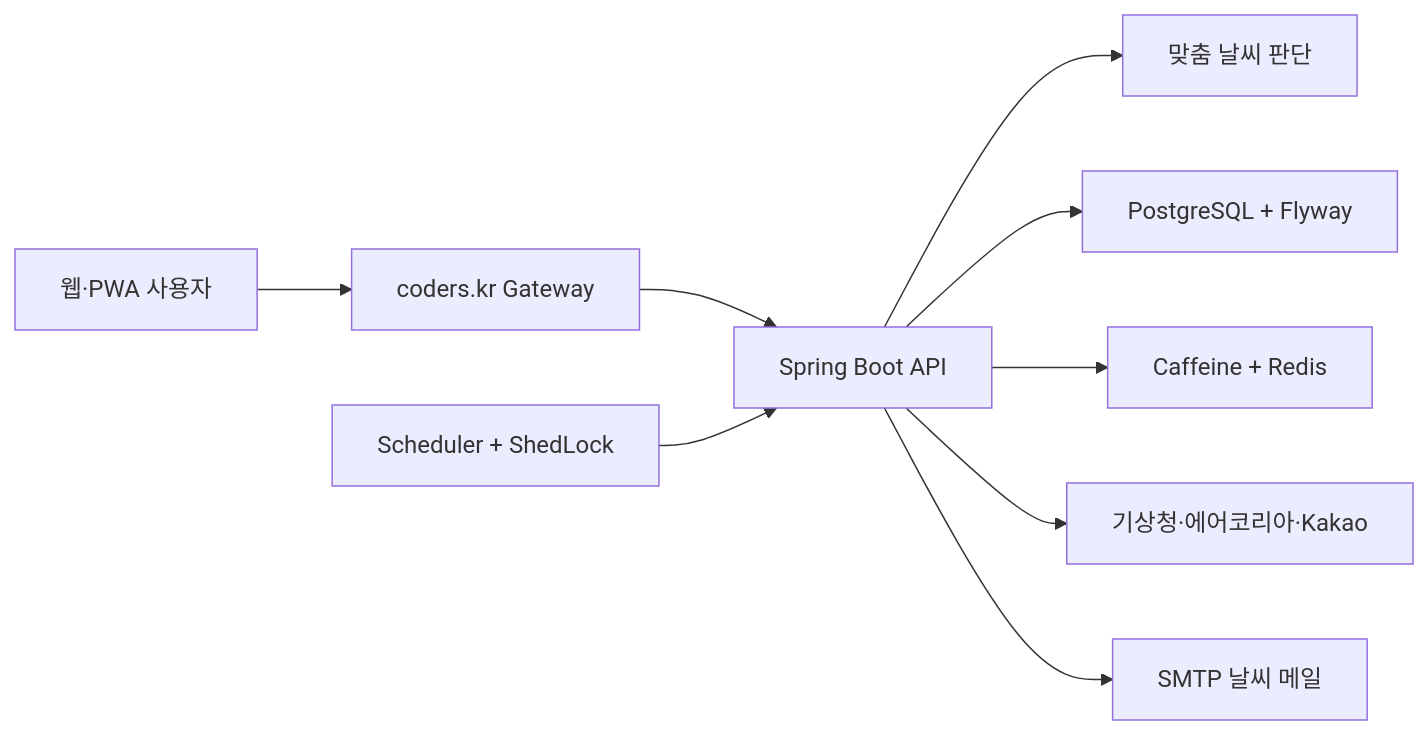
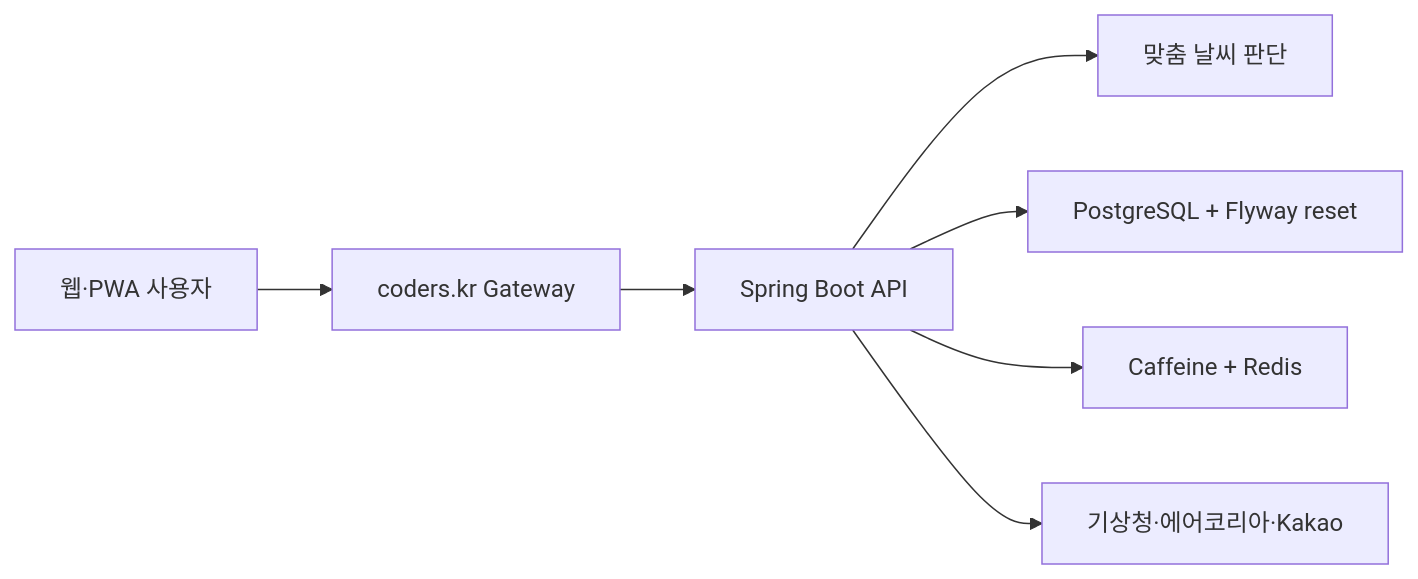
Before and after one commit to boclair98/Weather: the diagram in README.md, drawn with Mermaid. The commit also changed other lines of this file and 51 other files, not shown here.

````diff
--- a/README.md
+++ b/README.md
@@ -129,11 +125,9 @@
 ```mermaid
 flowchart LR
     U["웹·PWA 사용자"] --> G["coders.kr Gateway"]
     G --> A["Spring Boot API"]
     A --> D["맞춤 날씨 판단"]
-    A --> DB["PostgreSQL + Flyway"]
+    A --> DB["PostgreSQL + Flyway reset"]
     A --> C["Caffeine + Redis"]
     A --> K["기상청·에어코리아·Kakao"]
-    SCH["Scheduler + ShedLock"] --> A
-    A --> M["SMTP 날씨 메일"]
 ```
````
